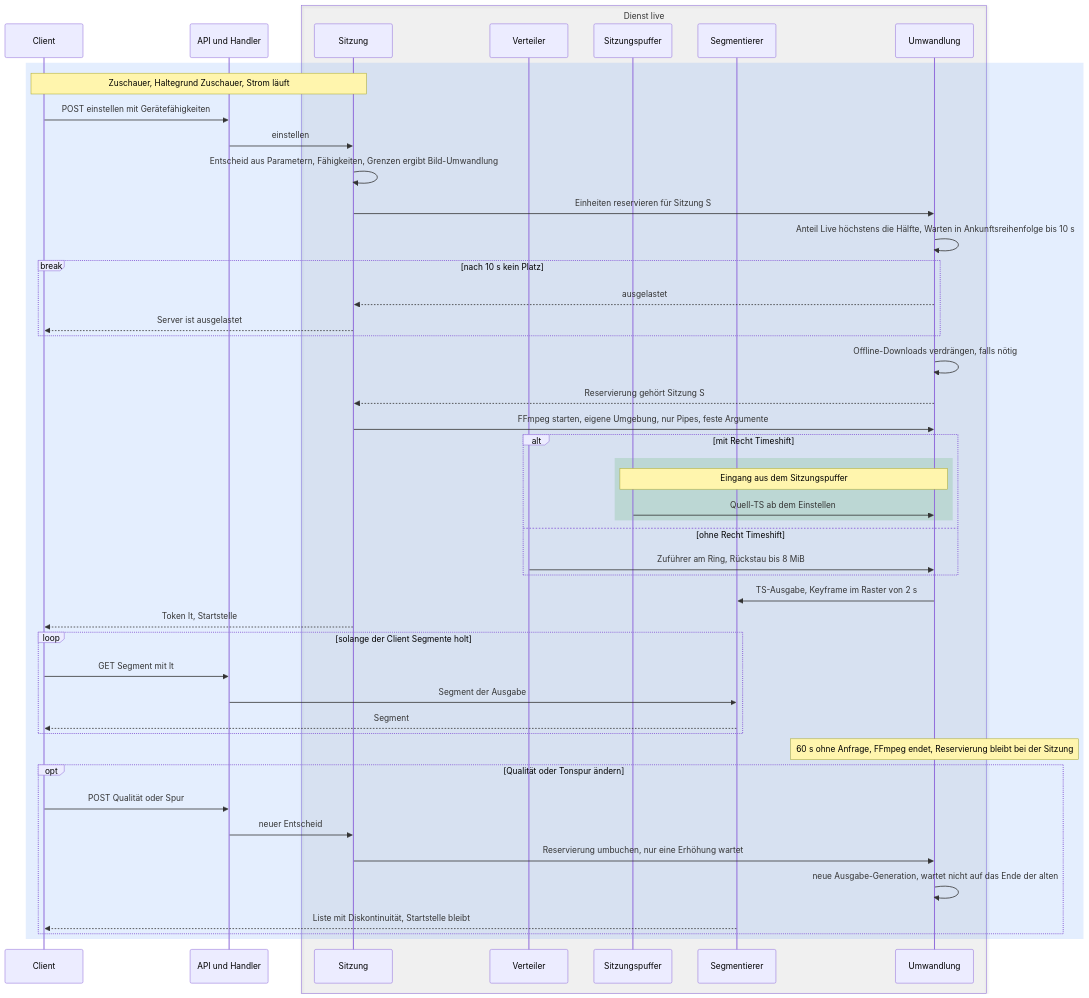
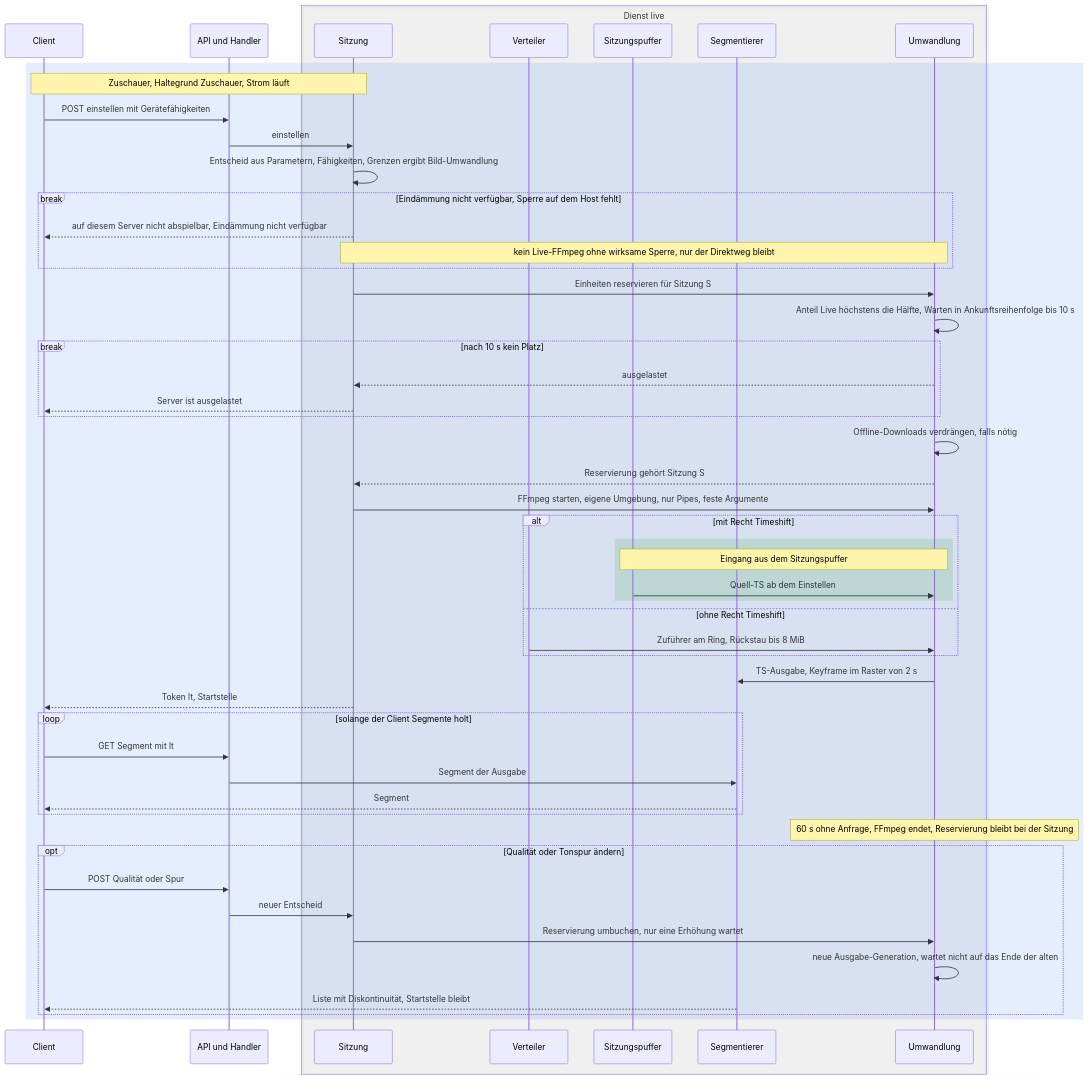
One commit to SlouchCat/slouchcat changed the fifth of 23 diagrams in docs/planning/28-live-tv/06-ablaeufe.md. Above: the diagram before and after it, drawn with Mermaid. The commit also changed other lines of this file, not shown here.

Commit message:
docs(planning): concept 28 live TV, flows version 3 for architecture version 4

````diff
--- a/docs/planning/28-live-tv/06-ablaeufe.md
+++ b/docs/planning/28-live-tv/06-ablaeufe.md
@@ -432,51 +481,55 @@
 ```mermaid
 sequenceDiagram
   participant CL as Client
   participant API as API und Handler
   box rgba(128,128,128,0.08) Dienst live
     participant SES as Sitzung
     participant VT as Verteiler
     participant SP as Sitzungspuffer
     participant SEG as Segmentierer
     participant UW as Umwandlung
   end
 
   rect rgba(66,135,245,0.14)
     Note over CL,SES: Zuschauer, Haltegrund Zuschauer, Strom läuft
     CL->>API: POST einstellen mit Gerätefähigkeiten
     API->>SES: einstellen
     SES->>SES: Entscheid aus Parametern, Fähigkeiten, Grenzen ergibt Bild-Umwandlung
+    break Eindämmung nicht verfügbar, Sperre auf dem Host fehlt
+      SES-->>CL: auf diesem Server nicht abspielbar, Eindämmung nicht verfügbar
+      Note over SES,UW: kein Live-FFmpeg ohne wirksame Sperre, nur der Direktweg bleibt
+    end
     SES->>UW: Einheiten reservieren für Sitzung S
     UW->>UW: Anteil Live höchstens die Hälfte, Warten in Ankunftsreihenfolge bis 10 s
     break nach 10 s kein Platz
       UW-->>SES: ausgelastet
       SES-->>CL: Server ist ausgelastet
     end
     UW->>UW: Offline-Downloads verdrängen, falls nötig
     UW-->>SES: Reservierung gehört Sitzung S
     SES->>UW: FFmpeg starten, eigene Umgebung, nur Pipes, feste Argumente
     alt mit Recht Timeshift
       rect rgba(46,160,67,0.16)
         Note over SP,UW: Eingang aus dem Sitzungspuffer
         SP->>UW: Quell-TS ab dem Einstellen
       end
     else ohne Recht Timeshift
       VT->>UW: Zuführer am Ring, Rückstau bis 8 MiB
     end
     UW->>SEG: TS-Ausgabe, Keyframe im Raster von 2 s
     SES-->>CL: Token lt, Startstelle
     loop solange der Client Segmente holt
       CL->>API: GET Segment mit lt
       API->>SEG: Segment der Ausgabe
       SEG-->>CL: Segment
     end
     Note over UW: 60 s ohne Anfrage, FFmpeg endet, Reservierung bleibt bei der Sitzung
     opt Qualität oder Tonspur ändern
       CL->>API: POST Qualität oder Spur
       API->>SES: neuer Entscheid
       SES->>UW: Reservierung umbuchen, nur eine Erhöhung wartet
       UW->>UW: neue Ausgabe-Generation, wartet nicht auf das Ende der alten
       SEG-->>CL: Liste mit Diskontinuität, Startstelle bleibt
     end
   end
 ```
````
